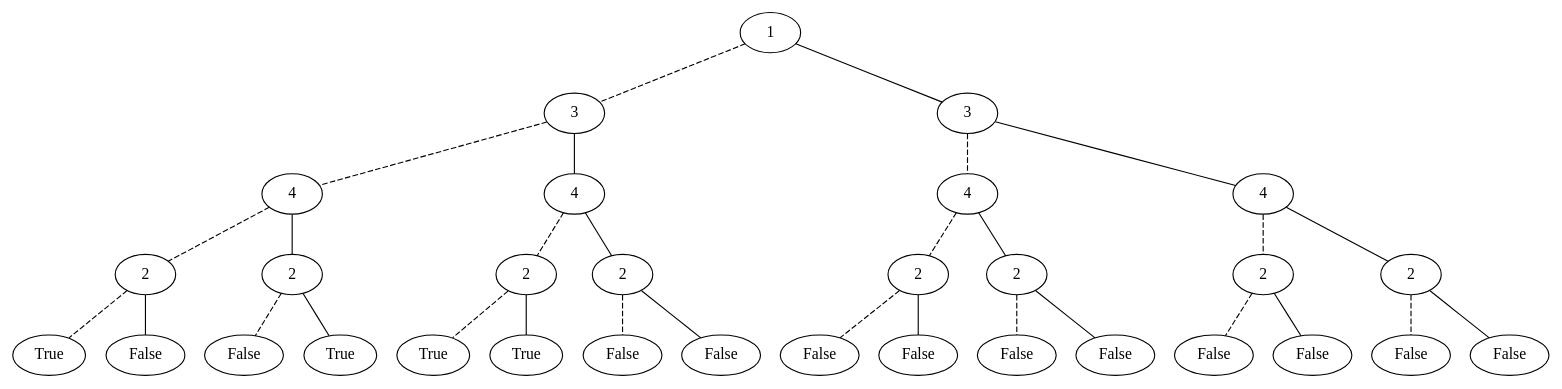
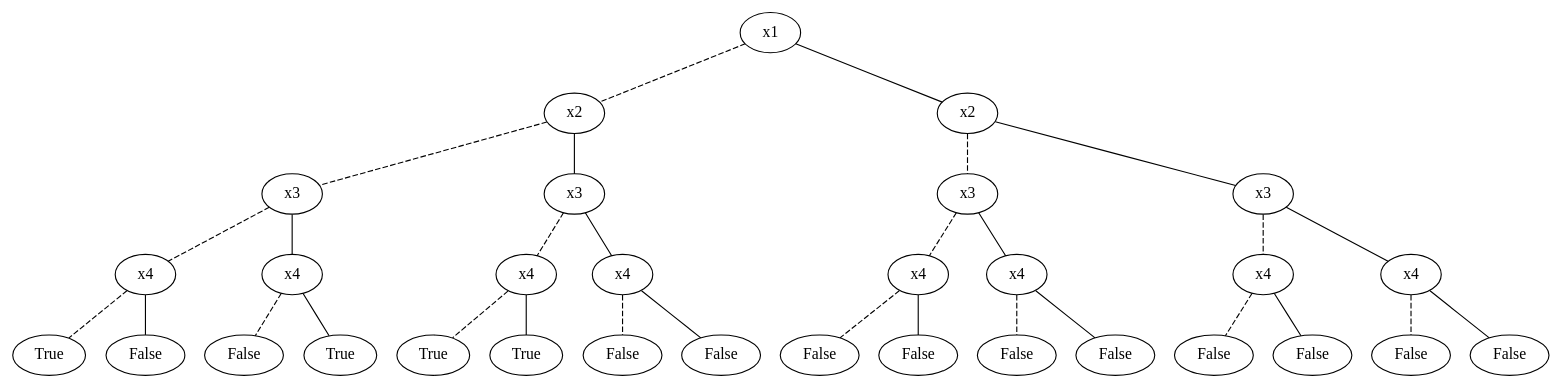
Before and after one commit to khiem2105/ROBDD: the diagram in graph_image/decision_tree_2.gv, drawn with Graphviz. The commit also changed 32 other files, not shown here.

```diff
--- a/graph_image/decision_tree_2.gv
+++ b/graph_image/decision_tree_2.gv
@@ -1,63 +1,63 @@
 graph decision_tree_2 {
-	140569657101856 [label=1]
-	140569657055600 [label=3]
-	140569657101856 -- 140569657055600 [style=dashed]
-	140569657057040 [label=4]
-	140569657055600 -- 140569657057040 [style=dashed]
-	140569657053536 [label=2]
-	140569657057040 -- 140569657053536 [style=dashed]
-	140569657054496 [label=True]
-	140569657053536 -- 140569657054496 [style=dashed]
-	140569657054784 [label=False]
-	140569657053536 -- 140569657054784
-	140569657099216 [label=2]
-	140569657057040 -- 140569657099216
-	140569657055360 [label=False]
-	140569657099216 -- 140569657055360 [style=dashed]
-	140569657099024 [label=True]
-	140569657099216 -- 140569657099024
-	140569657098496 [label=4]
-	140569657055600 -- 140569657098496
-	140569657099648 [label=2]
-	140569657098496 -- 140569657099648 [style=dashed]
-	140569657099936 [label=True]
-	140569657099648 -- 140569657099936 [style=dashed]
-	140569657099744 [label=True]
-	140569657099648 -- 140569657099744
-	140569657100416 [label=2]
-	140569657098496 -- 140569657100416
-	140569657100560 [label=False]
-	140569657100416 -- 140569657100560 [style=dashed]
-	140569657100320 [label=False]
-	140569657100416 -- 140569657100320
-	140569657100080 [label=3]
-	140569657101856 -- 140569657100080
-	140569657099360 [label=4]
-	140569657100080 -- 140569657099360 [style=dashed]
-	140569657099888 [label=2]
-	140569657099360 -- 140569657099888 [style=dashed]
-	140569657100224 [label=False]
-	140569657099888 -- 140569657100224 [style=dashed]
-	140569657099696 [label=False]
-	140569657099888 -- 140569657099696
-	140569657100992 [label=2]
-	140569657099360 -- 140569657100992
-	140569657101952 [label=False]
-	140569657100992 -- 140569657101952 [style=dashed]
-	140569657101568 [label=False]
-	140569657100992 -- 140569657101568
-	140569657101040 [label=4]
-	140569657100080 -- 140569657101040
-	140569657101424 [label=2]
-	140569657101040 -- 140569657101424 [style=dashed]
-	140569657099312 [label=False]
-	140569657101424 -- 140569657099312 [style=dashed]
-	140569657099552 [label=False]
-	140569657101424 -- 140569657099552
-	140569657101616 [label=2]
-	140569657101040 -- 140569657101616
-	140569657101472 [label=False]
-	140569657101616 -- 140569657101472 [style=dashed]
-	140569657102240 [label=False]
-	140569657101616 -- 140569657102240
+	140331402935840 [label=x1]
+	140331402513232 [label=x2]
+	140331402935840 -- 140331402513232 [style=dashed]
+	140331402513184 [label=x3]
+	140331402513232 -- 140331402513184 [style=dashed]
+	140331402512560 [label=x4]
+	140331402513184 -- 140331402512560 [style=dashed]
+	140331402510928 [label=True]
+	140331402512560 -- 140331402510928 [style=dashed]
+	140331402510448 [label=False]
+	140331402512560 -- 140331402510448
+	140331402511168 [label=x4]
+	140331402513184 -- 140331402511168
+	140331402513568 [label=False]
+	140331402511168 -- 140331402513568 [style=dashed]
+	140331402513856 [label=True]
+	140331402511168 -- 140331402513856
+	140331402510592 [label=x3]
+	140331402513232 -- 140331402510592
+	140331402510400 [label=x4]
+	140331402510592 -- 140331402510400 [style=dashed]
+	140331402513760 [label=True]
+	140331402510400 -- 140331402513760 [style=dashed]
+	140331402512176 [label=True]
+	140331402510400 -- 140331402512176
+	140331402513616 [label=x4]
+	140331402510592 -- 140331402513616
+	140331402514144 [label=False]
+	140331402513616 -- 140331402514144 [style=dashed]
+	140331402512704 [label=False]
+	140331402513616 -- 140331402512704
+	140331402512608 [label=x2]
+	140331402935840 -- 140331402512608
+	140331402513424 [label=x3]
+	140331402512608 -- 140331402513424 [style=dashed]
+	140331402512272 [label=x4]
+	140331402513424 -- 140331402512272 [style=dashed]
+	140331402512320 [label=False]
+	140331402512272 -- 140331402512320 [style=dashed]
+	140331402512800 [label=False]
+	140331402512272 -- 140331402512800
+	140331402512896 [label=x4]
+	140331402513424 -- 140331402512896
+	140331402512512 [label=False]
+	140331402512896 -- 140331402512512 [style=dashed]
+	140331402514240 [label=False]
+	140331402512896 -- 140331402514240
+	140331402513712 [label=x3]
+	140331402512608 -- 140331402513712
+	140331402512032 [label=x4]
+	140331402513712 -- 140331402512032 [style=dashed]
+	140331402514192 [label=False]
+	140331402512032 -- 140331402514192 [style=dashed]
+	140331402513520 [label=False]
+	140331402512032 -- 140331402513520
+	140331952537024 [label=x4]
+	140331402513712 -- 140331952537024
+	140331402513664 [label=False]
+	140331952537024 -- 140331402513664 [style=dashed]
+	140331952536928 [label=False]
+	140331952537024 -- 140331952536928
 }
```
